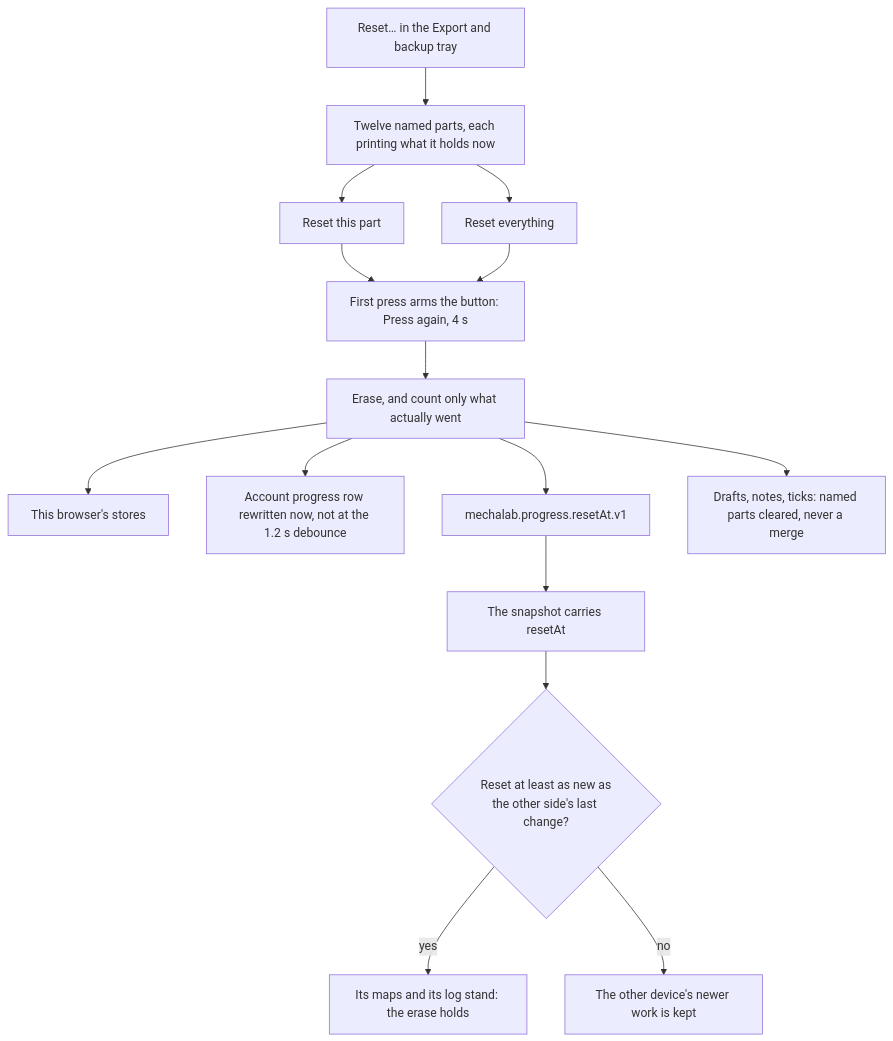
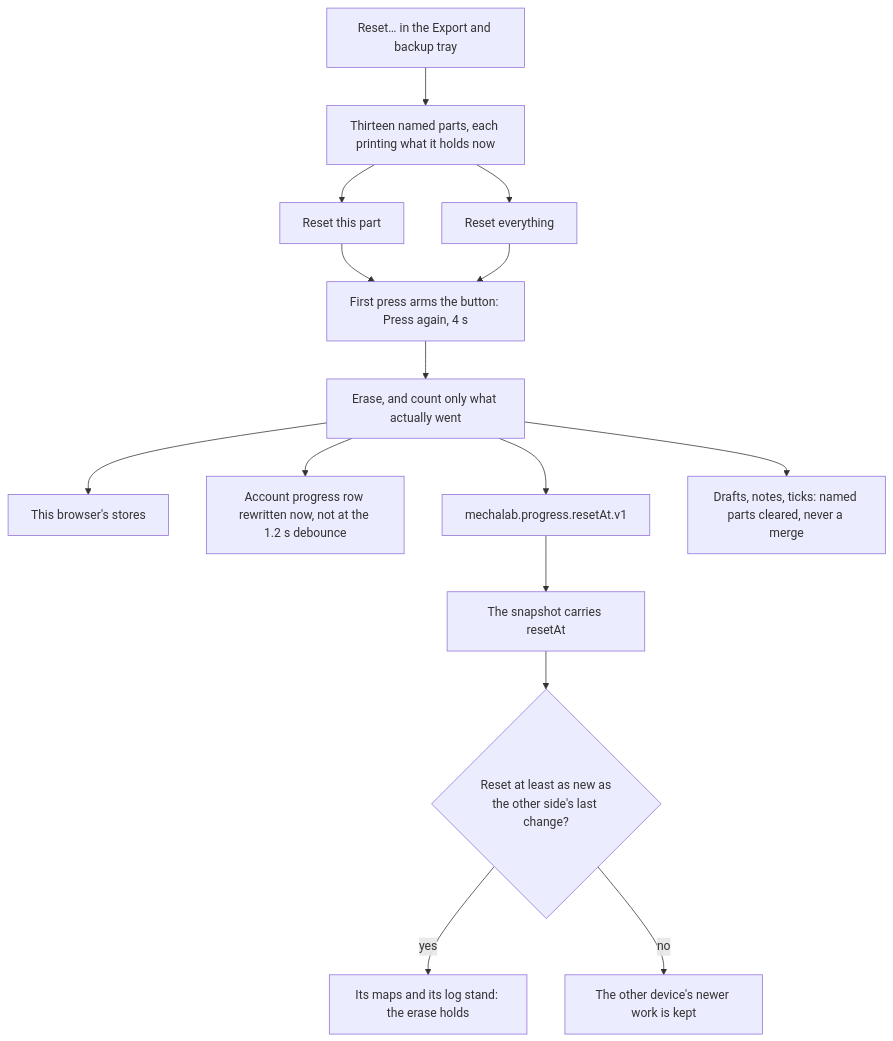
One commit to TLE47/Mechatronics-Roadmap changed the diagram in docs/RESET.md. Above: the diagram before and after it, drawn with Mermaid. The commit also changed other lines of this file and 26 other files, not shown here.

````diff
--- a/docs/RESET.md
+++ b/docs/RESET.md
@@ -15,17 +15,17 @@
 ```mermaid
 flowchart TB
-    Door["Reset… in the Export and backup tray"] --> Panel["Twelve named parts, each printing what it holds now"]
+    Door["Reset… in the Export and backup tray"] --> Panel["Thirteen named parts, each printing what it holds now"]
     Panel --> One["Reset this part"]
     Panel --> All["Reset everything"]
     One --> Armed["First press arms the button: Press again, 4 s"]
     All --> Armed
     Armed --> Erase["Erase, and count only what actually went"]
     Erase --> Local["This browser's stores"]
     Erase --> Row["Account progress row rewritten now, not at the 1.2 s debounce"]
     Erase --> Watermark["mechalab.progress.resetAt.v1"]
     Watermark --> Snapshot["The snapshot carries resetAt"]
     Snapshot --> Newer{"Reset at least as new as\nthe other side's last change?"}
     Newer -->|"yes"| Stands["Its maps and its log stand: the erase holds"]
     Newer -->|"no"| Kept["The other device's newer work is kept"]
     Erase --> Workspace["Drafts, notes, ticks: named parts cleared, never a merge"]
 ```
````
